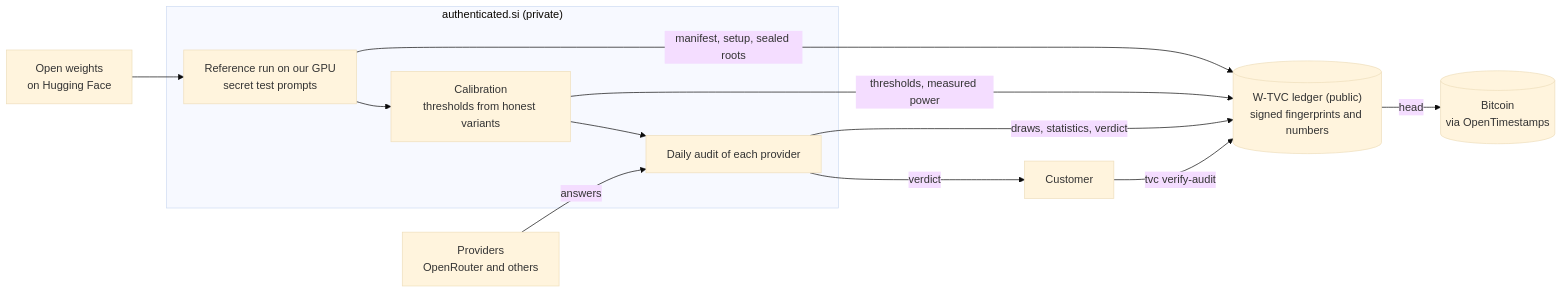
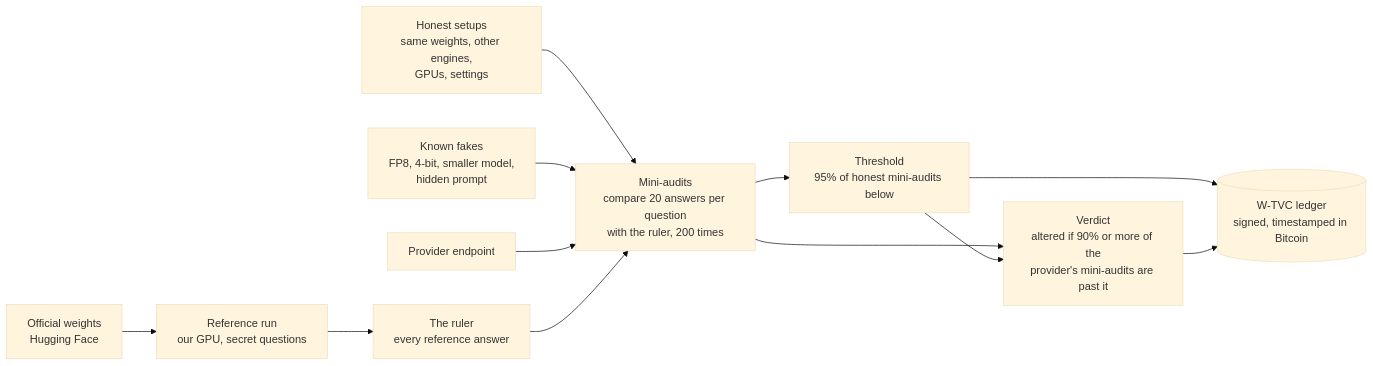
The first of 2 diagrams in README.md (sha256rma/w-tvc-protocol), drawn with Mermaid (base theme) before and after one commit. The commit also changed other lines of this file and 1 other file, not shown here.

First line of the commit message:
README and design: the open honest set

````diff
--- a/README.md
+++ b/README.md
@@ -50,23 +53,13 @@
 ```mermaid
 flowchart LR
-  HF["Open weights<br/>on Hugging Face"]
-  subgraph PRIV["authenticated.si (private)"]
-    REF["Reference run on our GPU<br/>secret test prompts"]
-    CAL["Calibration<br/>thresholds from honest variants"]
-    AUD["Daily audit of each provider"]
-    REF --> CAL --> AUD
-  end
-  PROV["Providers<br/>OpenRouter and others"]
-  LED[("W-TVC ledger (public)<br/>signed fingerprints and numbers")]
-  BTC[("Bitcoin<br/>via OpenTimestamps")]
-  CUST["Customer"]
-
-  HF --> REF
-  PROV -- "answers" --> AUD
-  REF -- "manifest, setup, sealed roots" --> LED
-  CAL -- "thresholds, measured power" --> LED
-  AUD -- "draws, statistics, verdict" --> LED
-  LED -- "head" --> BTC
-  AUD -- "verdict" --> CUST
-  CUST -- "tvc verify-audit" --> LED
+  HF["Official weights<br/>Hugging Face"] --> REF["Reference run<br/>our GPU, secret questions"]
+  REF --> RULER["The ruler<br/>every reference answer"]
+  HON["Honest setups<br/>same weights, other engines,<br/>GPUs, settings"] --> MA["Mini-audits<br/>compare 20 answers per question<br/>with the ruler, 200 times"]
+  FAKE["Known fakes<br/>FP8, 4-bit, smaller model,<br/>hidden prompt"] --> MA
+  PROV["Provider endpoint"] --> MA
+  RULER --> MA
+  MA --> LINE["Threshold<br/>95% of honest mini-audits below"]
+  MA --> VERDICT["Verdict<br/>altered if 90% or more of the<br/>provider's mini-audits are past it"]
+  LINE --> VERDICT
+  LINE & VERDICT --> LED[("W-TVC ledger<br/>signed, timestamped in Bitcoin")]
 ```
````
